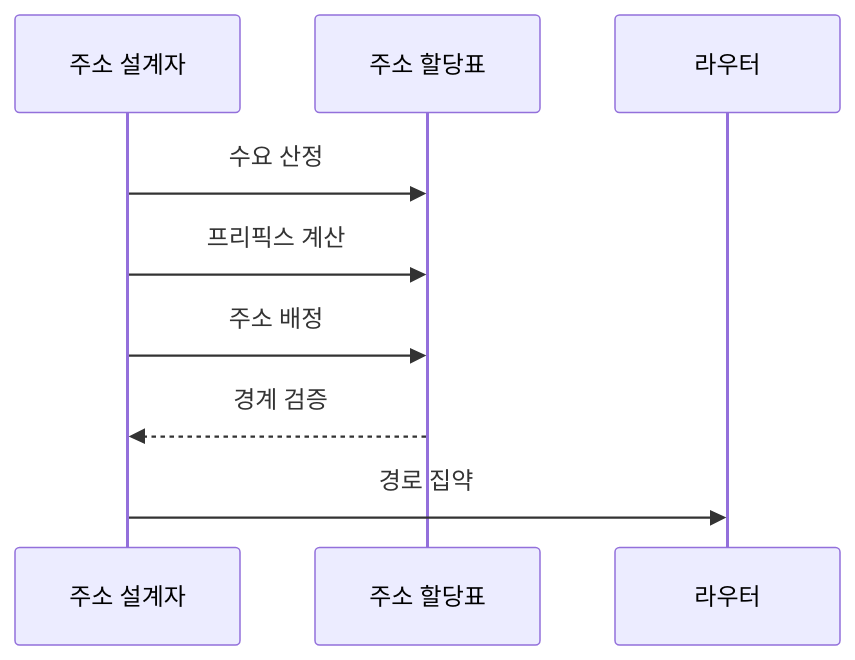
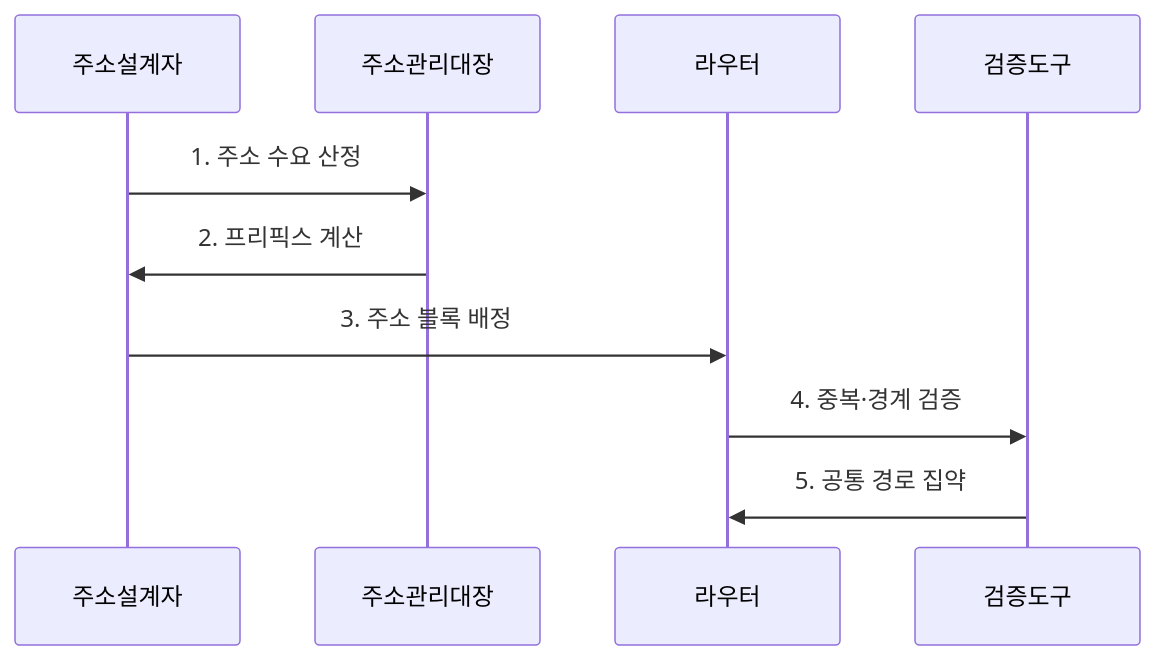
The second of 2 diagrams in src/content/docs/notes/04-network/005_subnetting_cidr.md (agnusdei1207/knowledge-base), drawn with Mermaid before and after one commit. The commit also changed other lines of this file and 20 other files, not shown here.

````diff
--- a/src/content/docs/notes/04-network/005_subnetting_cidr.md
+++ b/src/content/docs/notes/04-network/005_subnetting_cidr.md
@@ -79,11 +80,12 @@
 ```mermaid
 sequenceDiagram
-    participant D as 주소 설계자
-    participant A as 주소 할당표
-    participant R as 라우터
-    D->>A: 수요 산정
-    D->>A: 프리픽스 계산
-    D->>A: 주소 배정
-    A-->>D: 경계 검증
-    D->>R: 경로 집약
+    participant 주소설계자
+    participant 주소관리대장
+    participant 라우터
+    participant 검증도구
+    주소설계자->>주소관리대장: 1. 주소 수요 산정
+    주소관리대장->>주소설계자: 2. 프리픽스 계산
+    주소설계자->>라우터: 3. 주소 블록 배정
+    라우터->>검증도구: 4. 중복·경계 검증
+    검증도구->>라우터: 5. 공통 경로 집약
 ```
````
